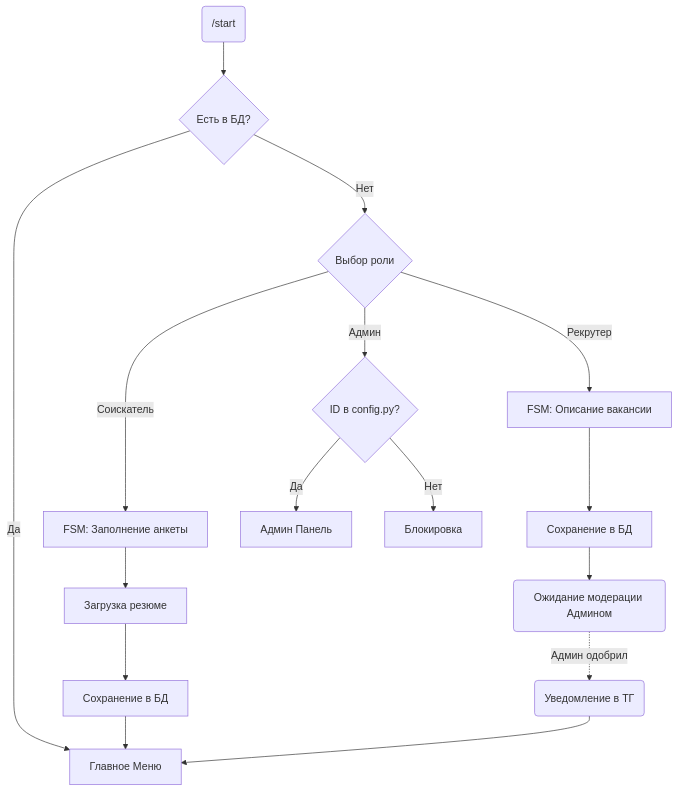
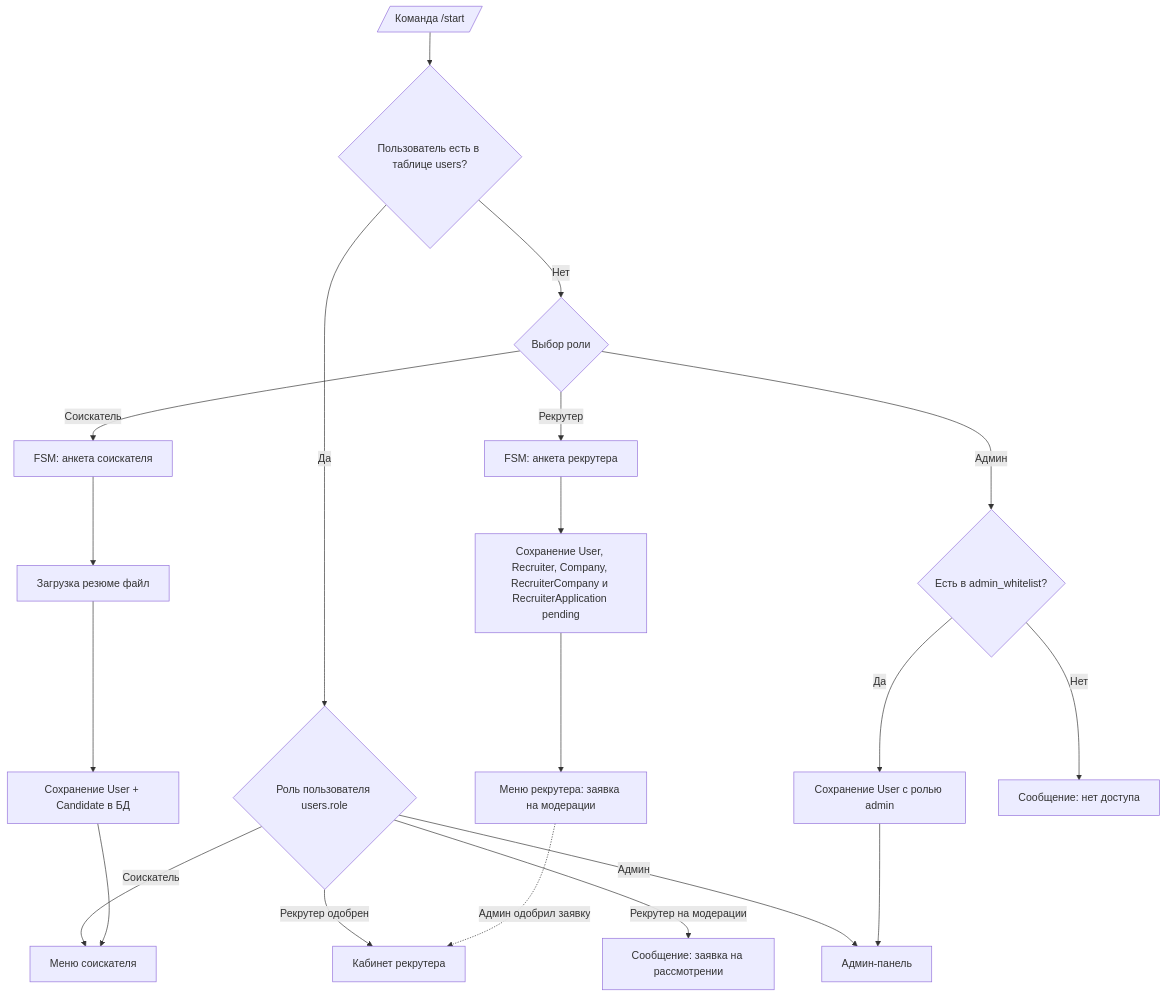
The third of 5 diagrams in README.md (ALEKSEY-MERCEDES/vacancies-service-team), drawn with Mermaid before and after one commit. The commit also changed other lines of this file, not shown here.

````diff
--- a/README.md
+++ b/README.md
@@ -140,26 +176,26 @@
 ```mermaid 
 graph TD
-    Start(/start) --> CheckDB{Есть в БД?}
-    
-    CheckDB -- Да --> Menu[Главное Меню]
-    CheckDB -- Нет --> RoleSelect{Выбор роли}
-    
-    %% Ветка Соискателя
-    RoleSelect -- Соискатель --> FormCand[FSM: Заполнение анкеты]
-    FormCand --> FileUpload[Загрузка резюме]
-    FileUpload --> SaveCand[Сохранение в БД]
-    SaveCand --> Menu
-    
-    %% Ветка Рекрутера
-    RoleSelect -- Рекрутер --> FormRec[FSM: Описание вакансии]
-    FormRec --> SaveRec[Сохранение в БД]
-    SaveRec --> WaitCheck(Ожидание модерации Админом)
-    
-    WaitCheck -.->|Админ одобрил| Notify(Уведомление в ТГ)
-    Notify --> Menu
-    
-    %% Ветка Админа
-    RoleSelect -- Админ --> ConfigCheck{ID в config.py?}
-    ConfigCheck -- Да --> AdminPanel[Админ Панель]
-    ConfigCheck -- Нет --> Ban[Блокировка]
+    Start[/Команда /start/] --> CheckDB{"Пользователь есть в таблице users?"}
+
+    CheckDB -- "Да" --> ExistingRole{"Роль пользователя users.role"}
+    ExistingRole -- "Соискатель" --> CandMenu[Меню соискателя]
+    ExistingRole -- "Рекрутер одобрен" --> RecMenu[Кабинет рекрутера]
+    ExistingRole -- "Рекрутер на модерации" --> RecWait[Сообщение: заявка на рассмотрении]
+    ExistingRole -- "Админ" --> AdminPanel[Админ‑панель]
+
+    CheckDB -- "Нет" --> RoleSelect{"Выбор роли"}
+    RoleSelect -- "Соискатель" --> CandFSM[FSM: анкета соискателя]
+    CandFSM --> CandResume[Загрузка резюме файл]
+    CandResume --> SaveCand[Сохранение User + Candidate в БД]
+    SaveCand --> CandMenu
+
+    RoleSelect -- "Рекрутер" --> RecFSM[FSM: анкета рекрутера]
+    RecFSM --> SaveRec[Сохранение User, Recruiter, Company, RecruiterCompany и RecruiterApplication pending]
+    SaveRec --> RecPending[Меню рекрутера: заявка на модерации]
+    RecPending -. "Админ одобрил заявку" .-> RecMenu
+
+    RoleSelect -- "Админ" --> WLCheck{"Есть в admin_whitelist?"}
+    WLCheck -- "Да" --> SaveAdmin[Сохранение User с ролью admin]
+    SaveAdmin --> AdminPanel
+    WLCheck -- "Нет" --> NoAccess[Сообщение: нет доступа]
 ```
````
